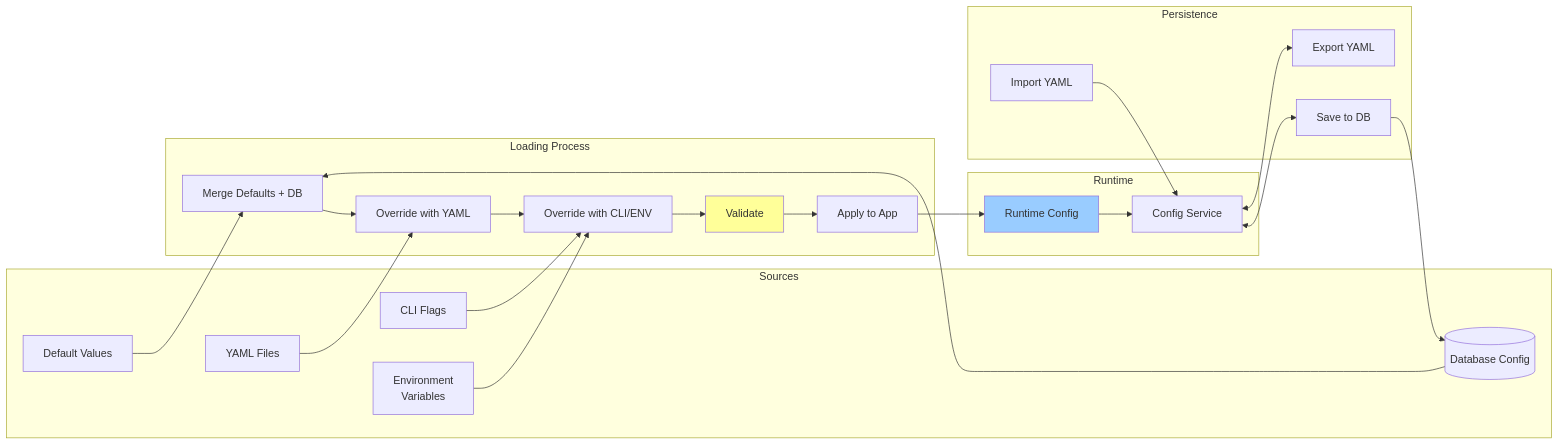
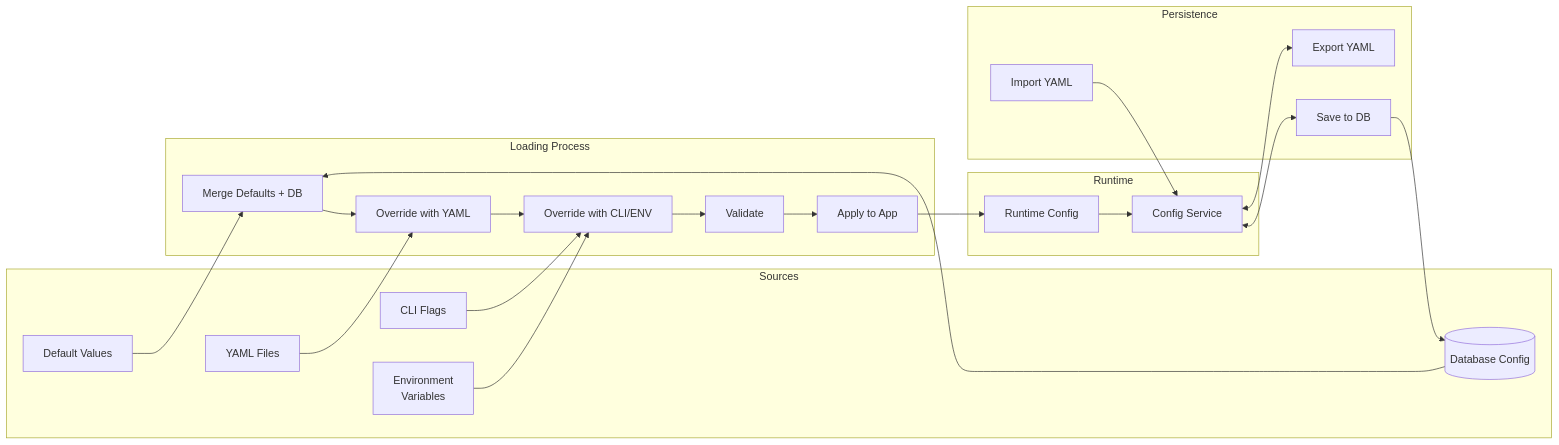
One commit to lbe/sfpg-go changed the eighth of 9 diagrams in docs/diagrams/ARCHITECTURE_DIAGRAMS.md. Above: the diagram before and after it, drawn with Mermaid. The commit also changed other lines of this file and 275 other files, not shown here.

````diff
--- a/docs/diagrams/ARCHITECTURE_DIAGRAMS.md
+++ b/docs/diagrams/ARCHITECTURE_DIAGRAMS.md
@@ -386,51 +436,48 @@
 ```mermaid
 flowchart LR
     subgraph "Sources"
         Defaults[Default Values]
         DB[(Database Config)]
         YAML[YAML Files]
         CLI[CLI Flags]
         ENV[Environment<br/>Variables]
     end
 
     subgraph "Loading Process"
         Merge1[Merge Defaults + DB]
         Merge2[Override with YAML]
         Merge3[Override with CLI/ENV]
         Validate[Validate]
         Apply[Apply to App]
     end
 
     subgraph "Runtime"
         RuntimeConfig[Runtime Config]
         ConfigService[Config Service]
     end
 
     subgraph "Persistence"
         Save[Save to DB]
         Export[Export YAML]
         Import[Import YAML]
     end
 
     Defaults --> Merge1
     DB --> Merge1
     Merge1 --> Merge2
     YAML --> Merge2
     Merge2 --> Merge3
     CLI --> Merge3
     ENV --> Merge3
     Merge3 --> Validate
     Validate --> Apply
 
     Apply --> RuntimeConfig
     RuntimeConfig --> ConfigService
 
     ConfigService <--> Save
     Save --> DB
 
     ConfigService <--> Export
     Import --> ConfigService
-
-    style Validate fill:#ff9
-    style RuntimeConfig fill:#9cf
 ```
````
